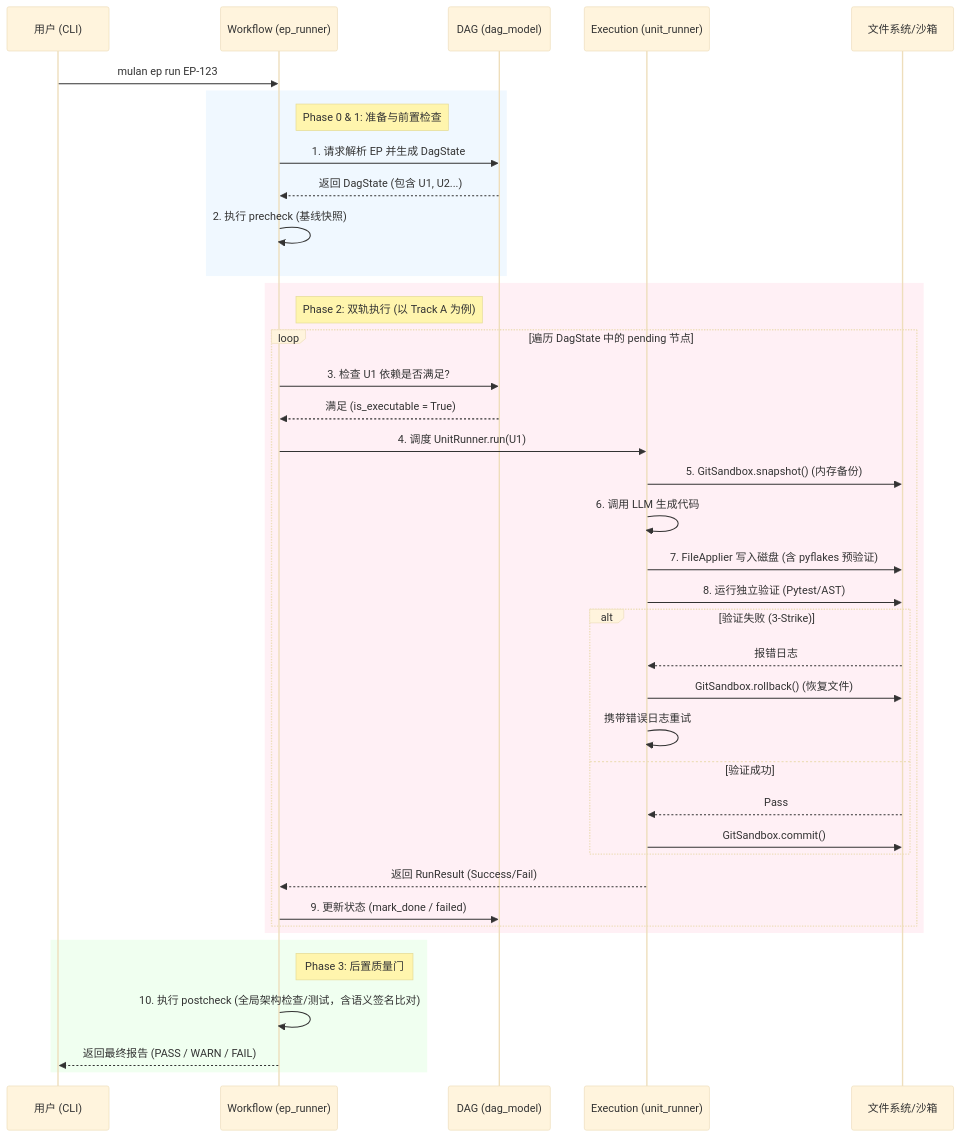
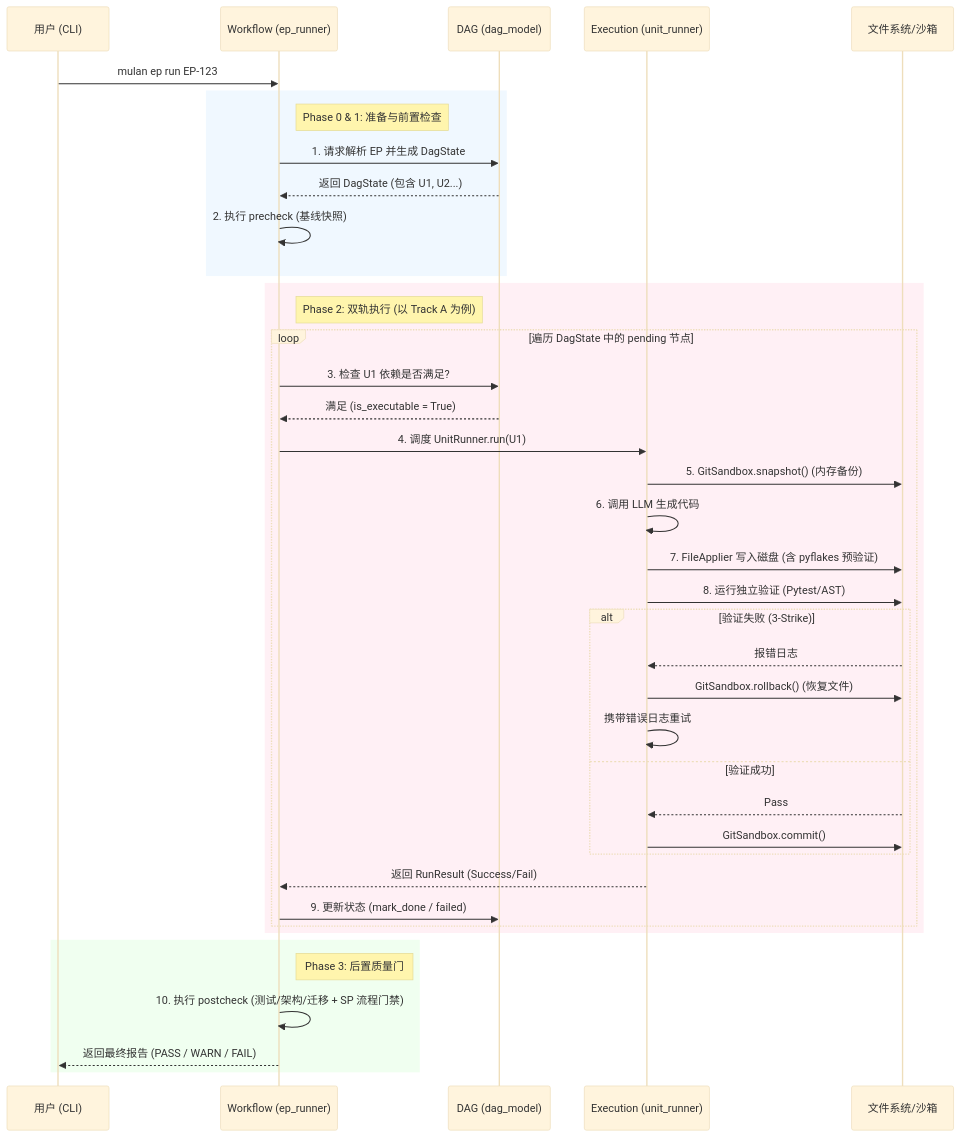
The diagram in src/mms/layer1_readme.md (allengaoo/mms), drawn with Mermaid (base theme) before and after one commit. The commit also changed other lines of this file and 11 other files, not shown here.

````diff
--- a/src/mms/layer1_readme.md
+++ b/src/mms/layer1_readme.md
@@ -67,50 +69,50 @@
 ```mermaid
 sequenceDiagram
     participant User as 用户 (CLI)
     participant WF as Workflow (ep_runner)
     participant DAG as DAG (dag_model)
     participant EXEC as Execution (unit_runner)
     participant FS as 文件系统/沙箱
 
     User->>WF: mulan ep run EP-123
     
     rect rgb(240, 248, 255)
         note right of WF: Phase 0 & 1: 准备与前置检查
         WF->>DAG: 1. 请求解析 EP 并生成 DagState
         DAG-->>WF: 返回 DagState (包含 U1, U2...)
         WF->>WF: 2. 执行 precheck (基线快照)
     end
 
     rect rgb(255, 240, 245)
         note right of WF: Phase 2: 双轨执行 (以 Track A 为例)
         loop 遍历 DagState 中的 pending 节点
             WF->>DAG: 3. 检查 U1 依赖是否满足?
             DAG-->>WF: 满足 (is_executable = True)
             
             WF->>EXEC: 4. 调度 UnitRunner.run(U1)
             
             EXEC->>FS: 5. GitSandbox.snapshot() (内存备份)
             EXEC->>EXEC: 6. 调用 LLM 生成代码
             EXEC->>FS: 7. FileApplier 写入磁盘 (含 pyflakes 预验证)
             EXEC->>FS: 8. 运行独立验证 (Pytest/AST)
             
             alt 验证失败 (3-Strike)
                 FS-->>EXEC: 报错日志
                 EXEC->>FS: GitSandbox.rollback() (恢复文件)
                 EXEC->>EXEC: 携带错误日志重试
             else 验证成功
                 FS-->>EXEC: Pass
                 EXEC->>FS: GitSandbox.commit()
             end
             
             EXEC-->>WF: 返回 RunResult (Success/Fail)
             WF->>DAG: 9. 更新状态 (mark_done / failed)
         end
     end
 
     rect rgb(240, 255, 240)
         note right of WF: Phase 3: 后置质量门
-        WF->>WF: 10. 执行 postcheck (全局架构检查/测试，含语义签名比对)
+        WF->>WF: 10. 执行 postcheck (测试/架构/迁移 + SP 流程门禁)
         WF-->>User: 返回最终报告 (PASS / WARN / FAIL)
     end
 ```
````
